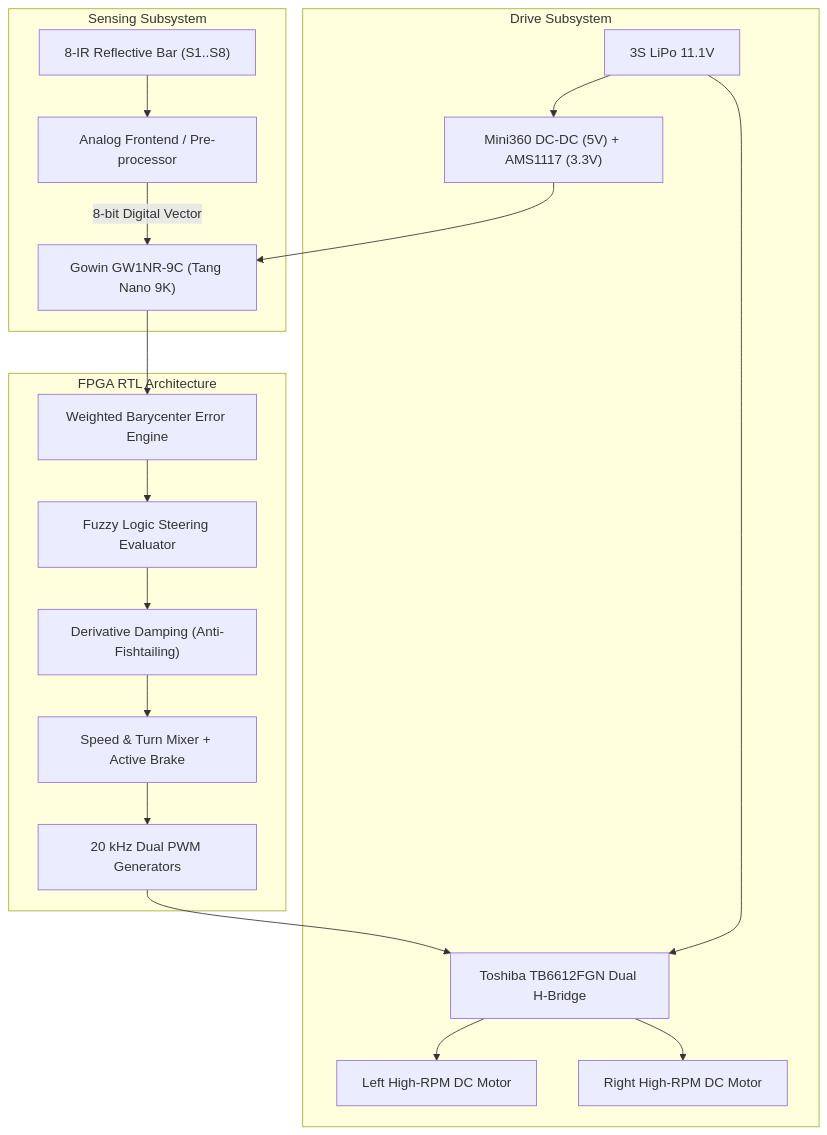
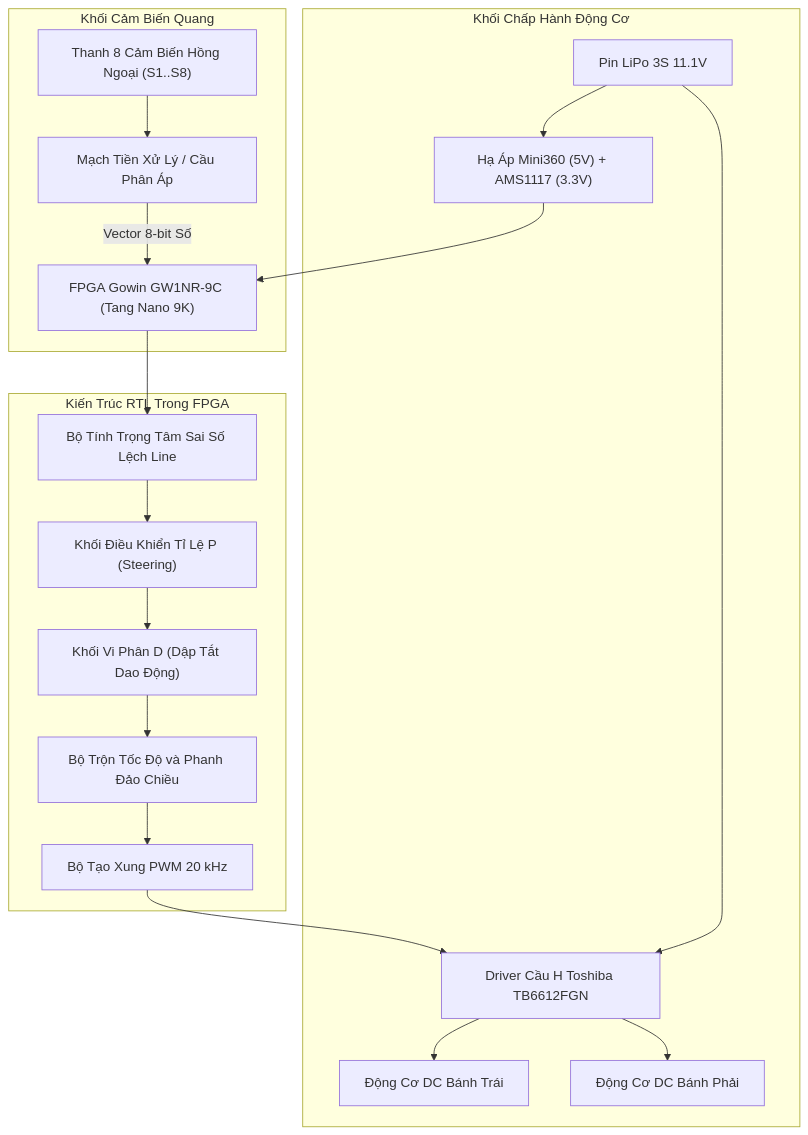
Before and after one commit to vthinh-la/FPGA-Line-Follower-Robot: the diagram in README.md, drawn with Mermaid. The commit also changed other lines of this file and 8 other files, not shown here.

````diff
--- a/README.md
+++ b/README.md
@@ -34,24 +38,24 @@
 ```mermaid
 flowchart TD
-    subgraph SENSORS["Sensing Subsystem"]
-        IR["8-IR Reflective Bar (S1..S8)"] --> ADC["Analog Frontend / Pre-processor"]
-        ADC -->|"8-bit Digital Vector"| FPGA["Gowin GW1NR-9C (Tang Nano 9K)"]
+    subgraph SENSORS["Khối Cảm Biến Quang"]
+        IR["Thanh 8 Cảm Biến Hồng Ngoại (S1..S8)"] --> ADC["Mạch Tiền Xử Lý / Cầu Phân Áp"]
+        ADC -->|"Vector 8-bit Số"| FPGA["FPGA Gowin GW1NR-9C (Tang Nano 9K)"]
     end
 
-    subgraph FPGA_LOGIC["FPGA RTL Architecture"]
-        FPGA --> BARY["Weighted Barycenter Error Engine"]
-        BARY --> FUZZY["Fuzzy Logic Steering Evaluator"]
-        FUZZY --> DAMP["Derivative Damping (Anti-Fishtailing)"]
-        DAMP --> MIXER["Speed & Turn Mixer + Active Brake"]
-        MIXER --> PWM_GEN["20 kHz Dual PWM Generators"]
+    subgraph FPGA_LOGIC["Kiến Trúc RTL Trong FPGA"]
+        FPGA --> BARY["Bộ Tính Trọng Tâm Sai Số Lệch Line"]
+        BARY --> PID["Khối Điều Khiển Tỉ Lệ P (Steering)"]
+        PID --> DAMP["Khối Vi Phân D (Dập Tắt Dao Động)"]
+        DAMP --> MIXER["Bộ Trộn Tốc Độ và Phanh Đảo Chiều"]
+        MIXER --> PWM_GEN["Bộ Tạo Xung PWM 20 kHz"]
     end
 
-    subgraph ACTUATION["Drive Subsystem"]
-        PWM_GEN --> DRV["Toshiba TB6612FGN Dual H-Bridge"]
-        BAT["3S LiPo 11.1V"] --> REG["Mini360 DC-DC (5V) + AMS1117 (3.3V)"]
+    subgraph ACTUATION["Khối Chấp Hành Động Cơ"]
+        PWM_GEN --> DRV["Driver Cầu H Toshiba TB6612FGN"]
+        BAT["Pin LiPo 3S 11.1V"] --> REG["Hạ Áp Mini360 (5V) + AMS1117 (3.3V)"]
         REG --> FPGA
         BAT --> DRV
-        DRV --> MOT_L["Left High-RPM DC Motor"]
-        DRV --> MOT_R["Right High-RPM DC Motor"]
+        DRV --> MOT_L["Động Cơ DC Bánh Trái"]
+        DRV --> MOT_R["Động Cơ DC Bánh Phải"]
     end
 ```
````
